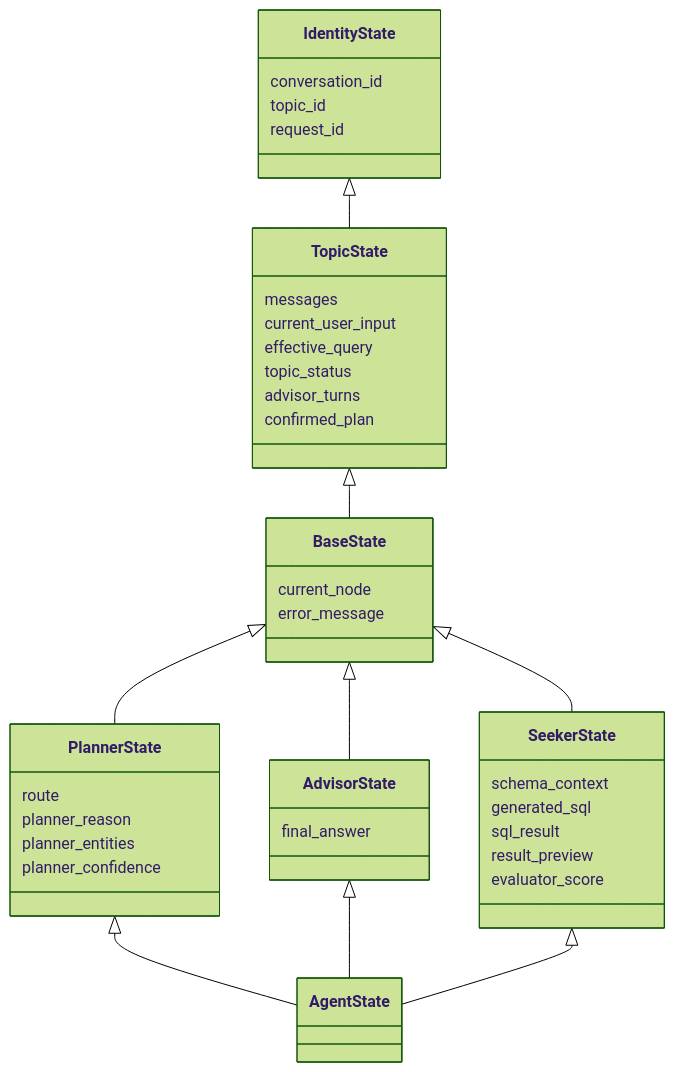
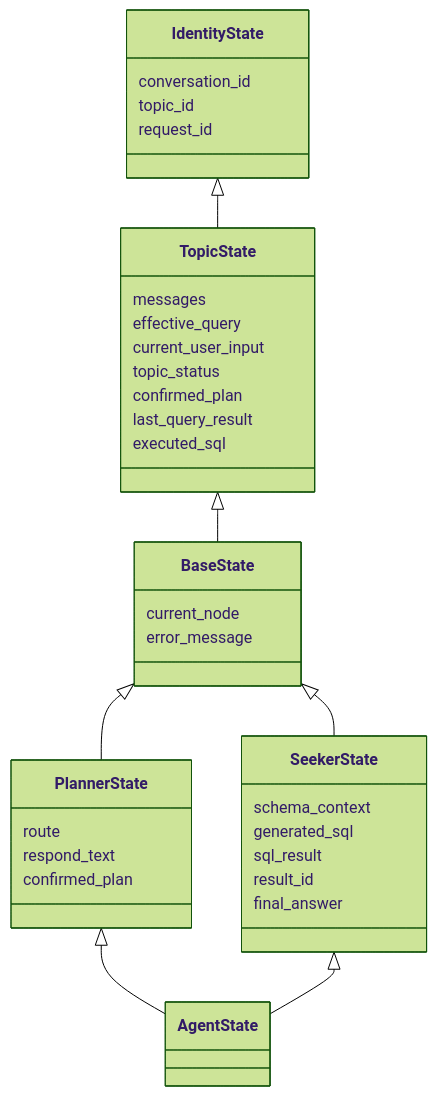
One commit to 18336621007/warehouseAgent changed the diagram in docs/架构/State与记忆系统架构.md. Above: the diagram before and after it, drawn with Mermaid (forest theme). The commit also changed other lines of this file and 53 other files, not shown here.

````diff
--- a/docs/架构/State与记忆系统架构.md
+++ b/docs/架构/State与记忆系统架构.md
@@ -71,46 +37,39 @@
 ```mermaid
 classDiagram
     class IdentityState {
         conversation_id
         topic_id
         request_id
     }
     class TopicState {
         messages
+        effective_query
         current_user_input
-        effective_query
         topic_status
-        advisor_turns
         confirmed_plan
+        last_query_result
+        executed_sql
     }
     class BaseState {
         current_node
         error_message
     }
     class PlannerState {
         route
-        planner_reason
-        planner_entities
-        planner_confidence
-    }
-    class AdvisorState {
-        final_answer
+        respond_text
+        confirmed_plan
     }
     class SeekerState {
         schema_context
         generated_sql
         sql_result
-        result_preview
-        evaluator_score
+        result_id
+        final_answer
     }
-    class AgentState
-
     IdentityState <|-- TopicState
     TopicState <|-- BaseState
     BaseState <|-- PlannerState
-    BaseState <|-- AdvisorState
     BaseState <|-- SeekerState
     PlannerState <|-- AgentState
-    AdvisorState <|-- AgentState
     SeekerState <|-- AgentState
 ```
````
